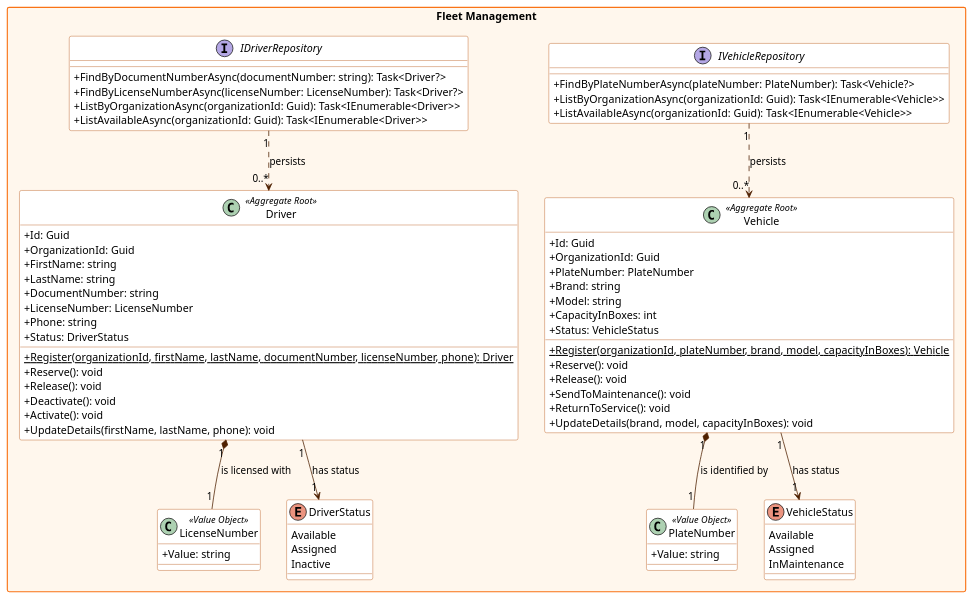
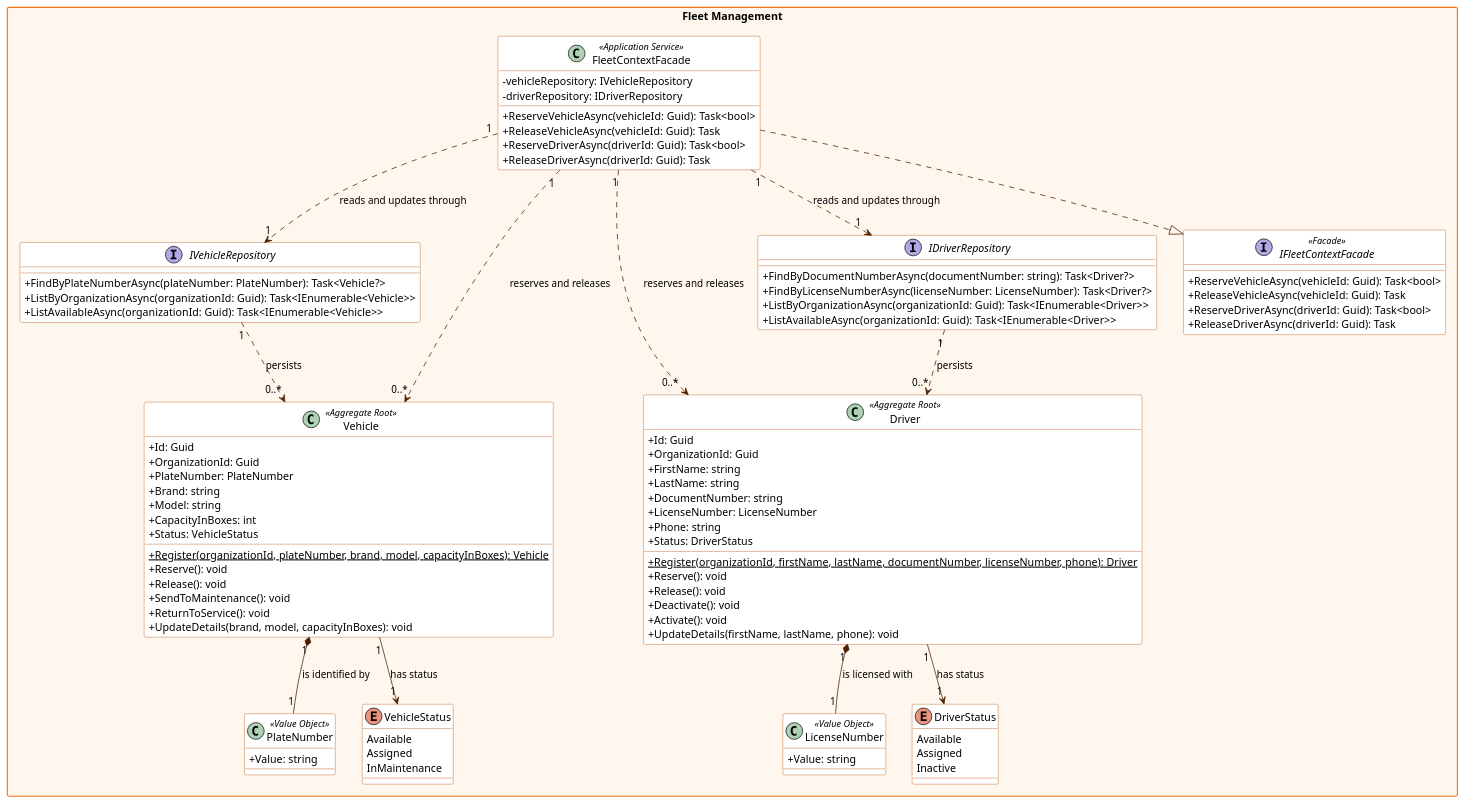
One commit to 1ASI0730-2620-8084-CodeCrafters/bottle-track-report changed the diagram in report/assets/Software-Object-Oriented-Design/backend-class-fleet-management.puml. Above: the diagram before and after it, drawn with PlantUML. The commit also changed 1 other file, not shown here.

Commit message:
docs(report): add the fleet context facade to the fleet management class diagram

```diff
--- a/report/assets/Software-Object-Oriented-Design/backend-class-fleet-management.puml
+++ b/report/assets/Software-Object-Oriented-Design/backend-class-fleet-management.puml
@@ -1,83 +1,102 @@
 @startuml
 ' BottleTrack - Backend - Fleet Management class diagram
 skinparam classAttributeIconSize 0
 skinparam packageStyle rectangle
 skinparam shadowing false
 skinparam defaultFontName Arial
 skinparam class {
   BackgroundColor #ffffff
   BorderColor #b34900
   ArrowColor #4f2000
 }
 skinparam package {
   BackgroundColor #fff7ed
   BorderColor #f97316
 }
 
 package "Fleet Management" {
   class Vehicle <<Aggregate Root>> {
     + Id: Guid
     + OrganizationId: Guid
     + PlateNumber: PlateNumber
     + Brand: string
     + Model: string
     + CapacityInBoxes: int
     + Status: VehicleStatus
     + {static} Register(organizationId, plateNumber, brand, model, capacityInBoxes): Vehicle
     + Reserve(): void
     + Release(): void
     + SendToMaintenance(): void
     + ReturnToService(): void
     + UpdateDetails(brand, model, capacityInBoxes): void
   }
   class Driver <<Aggregate Root>> {
     + Id: Guid
     + OrganizationId: Guid
     + FirstName: string
     + LastName: string
     + DocumentNumber: string
     + LicenseNumber: LicenseNumber
     + Phone: string
     + Status: DriverStatus
     + {static} Register(organizationId, firstName, lastName, documentNumber, licenseNumber, phone): Driver
     + Reserve(): void
     + Release(): void
     + Deactivate(): void
     + Activate(): void
     + UpdateDetails(firstName, lastName, phone): void
   }
   class PlateNumber <<Value Object>> {
     + Value: string
   }
   class LicenseNumber <<Value Object>> {
     + Value: string
   }
   enum VehicleStatus {
     Available
     Assigned
     InMaintenance
   }
   enum DriverStatus {
     Available
     Assigned
     Inactive
   }
   interface IVehicleRepository {
     + FindByPlateNumberAsync(plateNumber: PlateNumber): Task<Vehicle?>
     + ListByOrganizationAsync(organizationId: Guid): Task<IEnumerable<Vehicle>>
     + ListAvailableAsync(organizationId: Guid): Task<IEnumerable<Vehicle>>
   }
   interface IDriverRepository {
     + FindByDocumentNumberAsync(documentNumber: string): Task<Driver?>
     + FindByLicenseNumberAsync(licenseNumber: LicenseNumber): Task<Driver?>
     + ListByOrganizationAsync(organizationId: Guid): Task<IEnumerable<Driver>>
     + ListAvailableAsync(organizationId: Guid): Task<IEnumerable<Driver>>
   }
   Vehicle "1" *-- "1" PlateNumber : is identified by
   Vehicle "1" --> "1" VehicleStatus : has status
   Driver "1" *-- "1" LicenseNumber : is licensed with
   Driver "1" --> "1" DriverStatus : has status
   IVehicleRepository "1" ..> "0..*" Vehicle : persists
   IDriverRepository "1" ..> "0..*" Driver : persists
+  interface IFleetContextFacade <<Facade>> {
+    + ReserveVehicleAsync(vehicleId: Guid): Task<bool>
+    + ReleaseVehicleAsync(vehicleId: Guid): Task
+    + ReserveDriverAsync(driverId: Guid): Task<bool>
+    + ReleaseDriverAsync(driverId: Guid): Task
+  }
+  class FleetContextFacade <<Application Service>> {
+    - vehicleRepository: IVehicleRepository
+    - driverRepository: IDriverRepository
+    + ReserveVehicleAsync(vehicleId: Guid): Task<bool>
+    + ReleaseVehicleAsync(vehicleId: Guid): Task
+    + ReserveDriverAsync(driverId: Guid): Task<bool>
+    + ReleaseDriverAsync(driverId: Guid): Task
+  }
+  FleetContextFacade ..|> IFleetContextFacade
+  FleetContextFacade "1" ..> "1" IVehicleRepository : reads and updates through
+  FleetContextFacade "1" ..> "1" IDriverRepository : reads and updates through
+  FleetContextFacade "1" ..> "0..*" Vehicle : reserves and releases
+  FleetContextFacade "1" ..> "0..*" Driver : reserves and releases
 }
 @enduml
```
